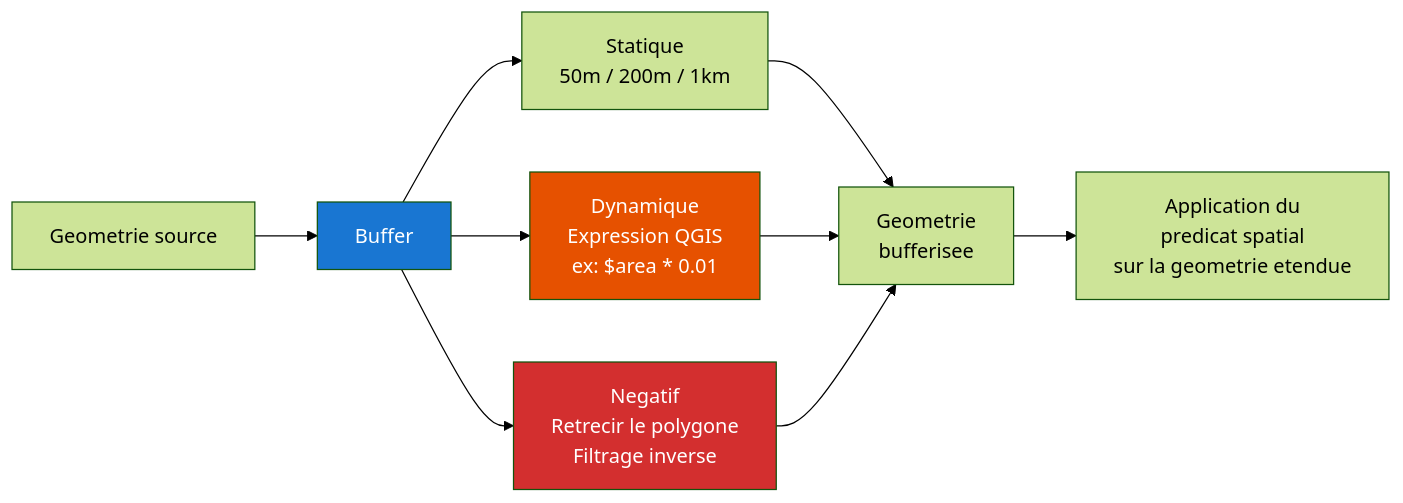
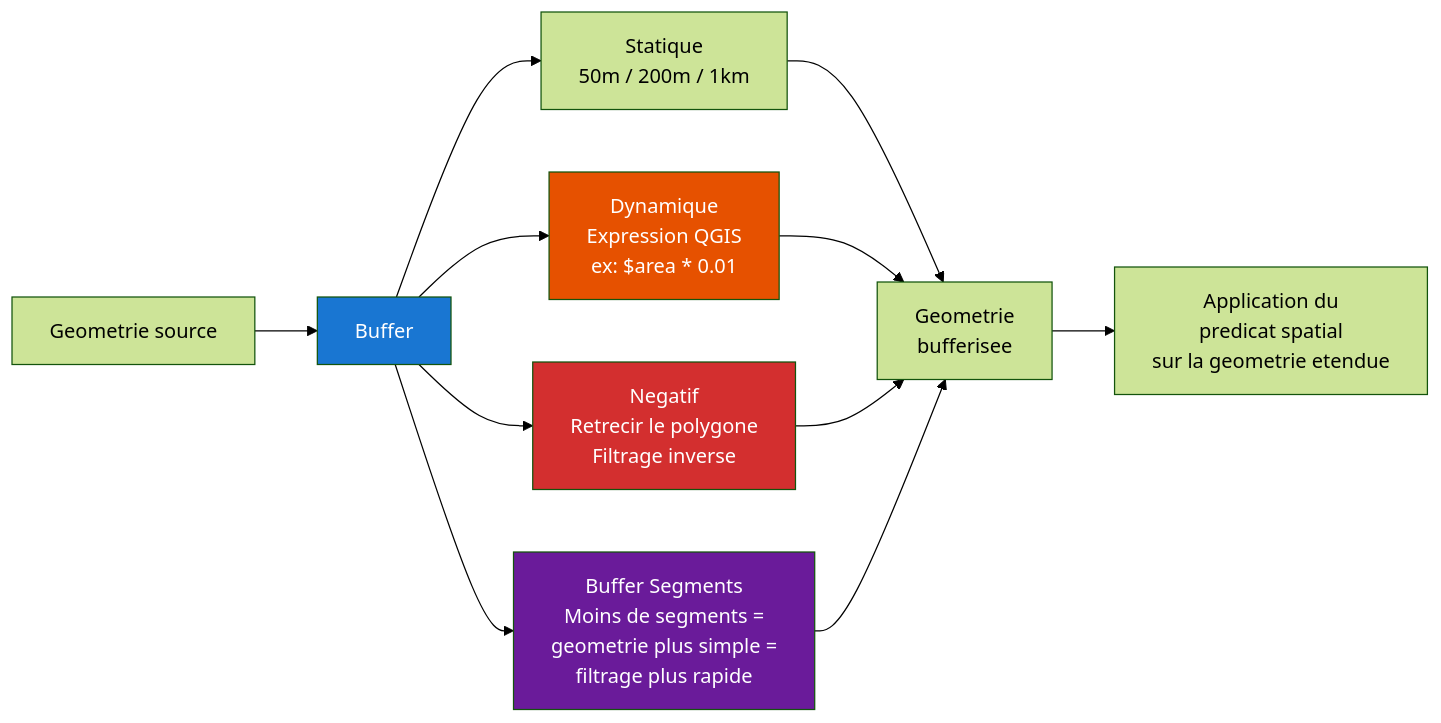
Before and after one commit to imagodata/filter_mate: the eighth of 23 diagrams in website/TUTORIAL_SERIES_AUDIT.md, drawn with Mermaid (forest theme). The commit also changed other lines of this file and 10 other files, not shown here.

First line of the commit message:
Add 10 tutorial video scripts with 46 Mermaid diagrams (5997 lines)

````diff
--- a/website/TUTORIAL_SERIES_AUDIT.md
+++ b/website/TUTORIAL_SERIES_AUDIT.md
@@ -365,20 +407,23 @@
 ```mermaid
 flowchart LR
     INPUT["Geometrie source"]
 
     INPUT --> BUFFER["Buffer"]
 
     BUFFER --> STATIC["Statique<br/>50m / 200m / 1km"]
     BUFFER --> DYNAMIC["Dynamique<br/>Expression QGIS<br/>ex: $area * 0.01"]
     BUFFER --> NEGATIVE["Negatif<br/>Retrecir le polygone<br/>Filtrage inverse"]
+    BUFFER --> SEGMENTS["Buffer Segments<br/>Moins de segments =<br/>geometrie plus simple =<br/>filtrage plus rapide"]
 
     STATIC --> RESULT["Geometrie<br/>bufferisee"]
     DYNAMIC --> RESULT
     NEGATIVE --> RESULT
+    SEGMENTS --> RESULT
 
     RESULT --> PREDICATE["Application du<br/>predicat spatial<br/>sur la geometrie etendue"]
 
     style BUFFER fill:#1976D2,color:#fff
     style DYNAMIC fill:#E65100,color:#fff
     style NEGATIVE fill:#D32F2F,color:#fff
+    style SEGMENTS fill:#6A1B9A,color:#fff
 ```
````
